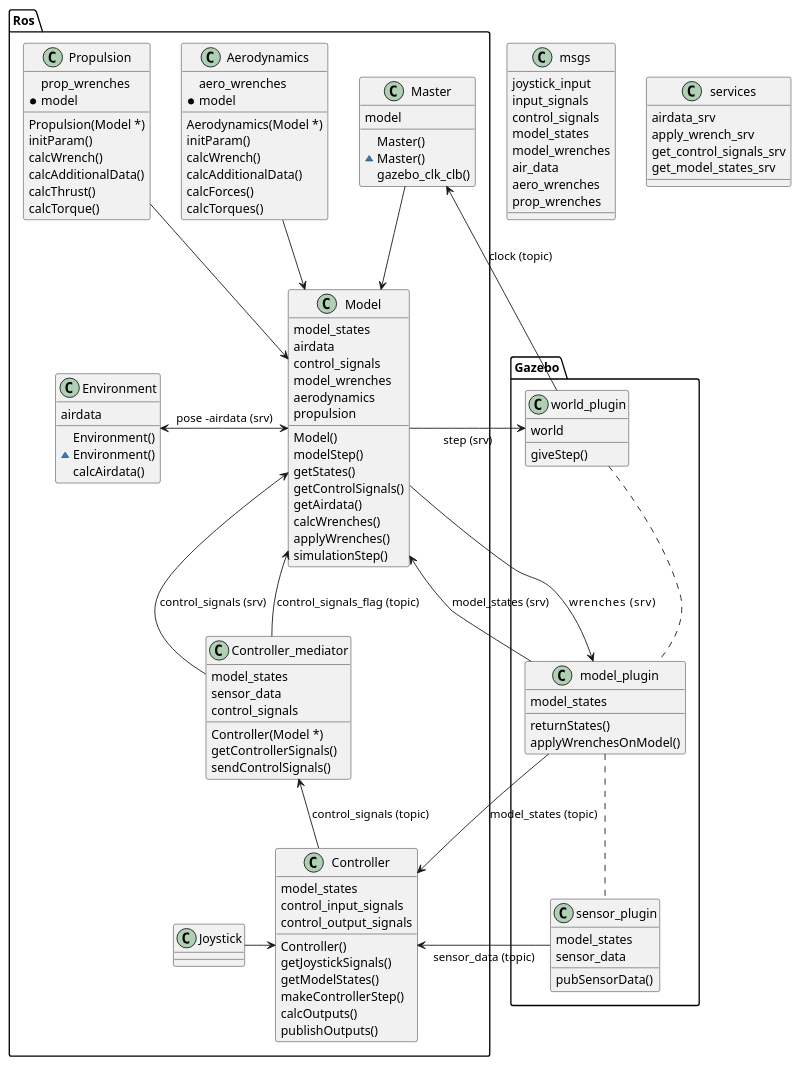
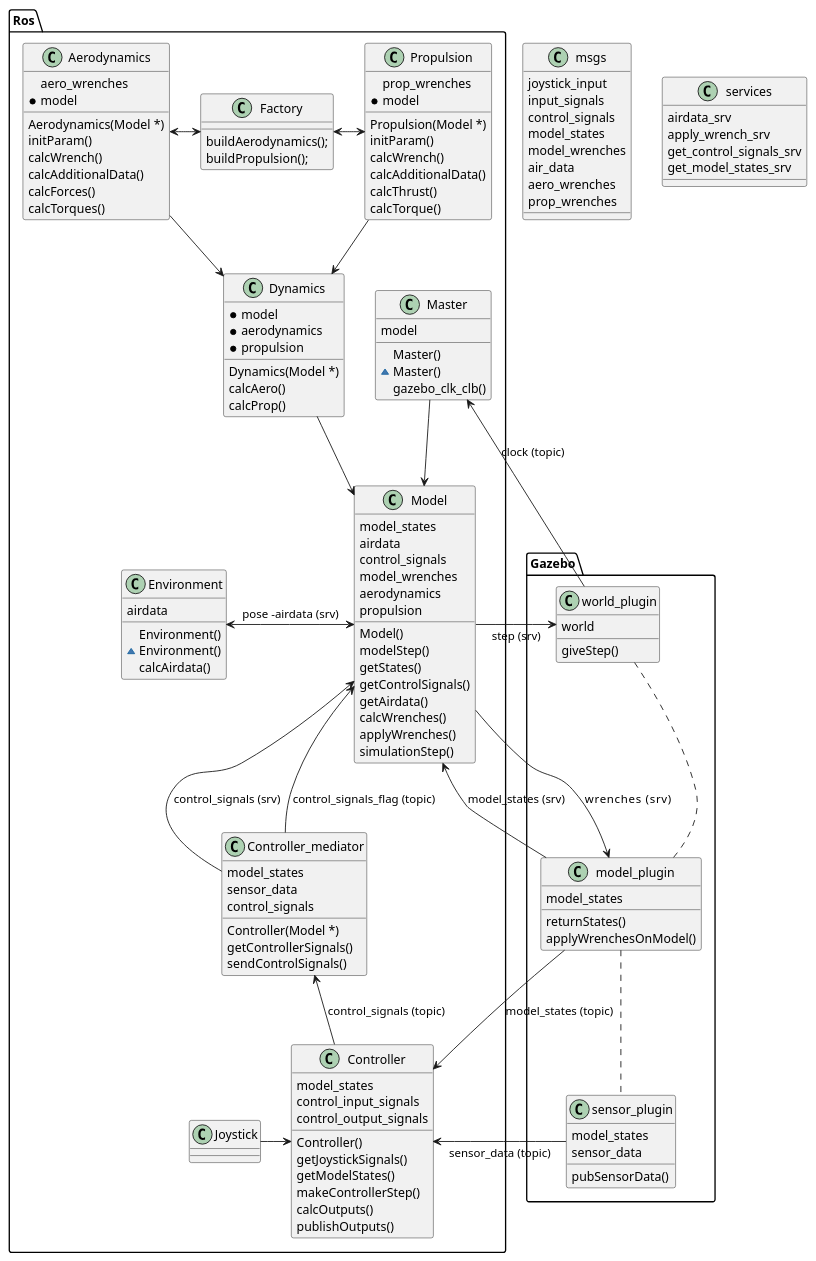
Before and after one commit to MiliStefanos/last_letter_2: the diagram in uml/last_letter_2_graph.wsd, drawn with PlantUML. The commit also changed 13 other files, not shown here.

```diff
--- a/uml/last_letter_2_graph.wsd
+++ b/uml/last_letter_2_graph.wsd
@@ -1,141 +1,157 @@
 @startuml
 
 class msgs{
         joystick_input
         input_signals
         control_signals
         model_states
         model_wrenches
         air_data
         aero_wrenches
         prop_wrenches
 }
 
 class services{
     airdata_srv
     apply_wrench_srv
     get_control_signals_srv
     get_model_states_srv
 }
     
 namespace Ros{
 
     
     class Master{
         model
         Master()
         ~Master()
         gazebo_clk_clb()
     }
 
     class Model{
         model_states
         airdata
         control_signals
         model_wrenches
         aerodynamics
         propulsion
         Model()
         ' ~Model()
         modelStep()
         getStates()
         getControlSignals()
         getAirdata()
         calcWrenches()
         applyWrenches()
         simulationStep()
     }
 
     class Aerodynamics{
         aero_wrenches
         *model
         Aerodynamics(Model *)
         ' ~Aerodynamics()
         initParam()
         calcWrench()
         calcAdditionalData()
         calcForces()
         calcTorques()
     }
 
     class Propulsion{
         prop_wrenches
         *model
         Propulsion(Model *)
         ' ~Propulsion()
         initParam()
         calcWrench()
         calcAdditionalData()
         calcThrust()
         calcTorque()
     }
 
+    class Dynamics{
+        *model
+        *aerodynamics
+        * propulsion
+        Dynamics(Model *)
+        calcAero()
+        calcProp()
+    }
+
+    class Factory{
+        buildAerodynamics();
+        buildPropulsion();
+    }
     class Environment{
         airdata
         Environment()
         ~Environment()
         calcAirdata()
     }
     class Controller_mediator{
         model_states
         sensor_data
         control_signals
         Controller(Model *)
         ' ~Controller()
         getControllerSignals()
         sendControlSignals()
     }
 
     class Controller{
         model_states
         control_input_signals
         control_output_signals
         Controller() 
         getJoystickSignals()
         getModelStates()
         makeControllerStep()
         calcOutputs()
         publishOutputs()
     }
 }
 
 
 
 namespace Gazebo{
     class world_plugin{
         world
         ' camera_view()
         giveStep()
     }
     
     class model_plugin{
         model_states
         returnStates()
         applyWrenchesOnModel()
     }
 
     class sensor_plugin{
         model_states
         sensor_data
         pubSensorData()
     }
 }
 
 
 Ros.Master --> Ros.Model
 Ros.Controller_mediator --> Ros.Model : control_signals_flag (topic)
-Ros.Propulsion --> Ros.Model
+Ros.Propulsion --> Ros.Dynamics
+Ros.Dynamics --> Ros.Model
 Ros.Environment <-> Ros.Model : pose -airdata (srv)
-Ros.Aerodynamics --> Ros.Model
+Ros.Aerodynamics --> Ros.Dynamics
 Gazebo.model_plugin <-- Ros.Model : wrenches    (srv)
 Ros.Model <- Gazebo.model_plugin : model_states (srv)
 Ros.Controller <- Gazebo.sensor_plugin :sensor_data (topic)
 Ros.Model -> Gazebo.world_plugin : step (srv)
 Ros.Model <-- Ros.Controller_mediator : control_signals (srv)
 Gazebo.world_plugin --> Ros.Master : clock (topic)
 Ros.Controller_mediator <-- Ros.Controller :control_signals (topic)
 Ros.Controller <- Gazebo.model_plugin :model_states (topic)
 Gazebo.world_plugin .. Gazebo.model_plugin
 Gazebo.model_plugin .. Gazebo.sensor_plugin
 Ros.Joystick -> Ros.Controller
+Ros.Factory <-> Ros.Propulsion
+Ros.Aerodynamics <-> Ros.Factory
 @enduml
```
